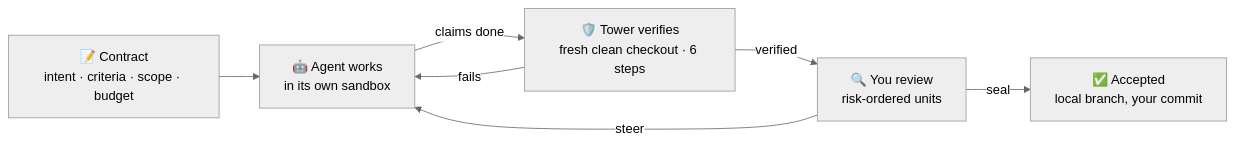
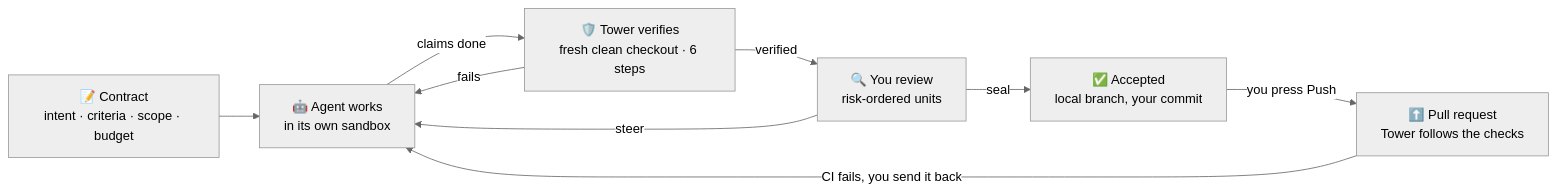
The diagram in README.md (beautifulrem/tower), drawn with Mermaid (neutral theme) before and after one commit. The commit also changed other lines of this file and 22 other files, not shown here.

First line of the commit message:
docs: rewrite both READMEs and the roadmap, refresh the screenshots, bring the other docs up to date

````diff
--- a/README.md
+++ b/README.md
@@ -133,9 +151,11 @@
 ```mermaid
 flowchart LR
     A["📝 Contract<br/>intent · criteria · scope · budget"] --> B["🤖 Agent works<br/>in its own sandbox"]
     B -->|claims done| C["🛡️ Tower verifies<br/>fresh clean checkout · 6 steps"]
     C -->|fails| B
     C -->|verified| D["🔍 You review<br/>risk-ordered units"]
     D -->|steer| B
     D -->|seal| E["✅ Accepted<br/>local branch, your commit"]
+    E -->|you press Push| F["⬆️ Pull request<br/>Tower follows the checks"]
+    F -->|CI fails, you send it back| B
 ```
````
